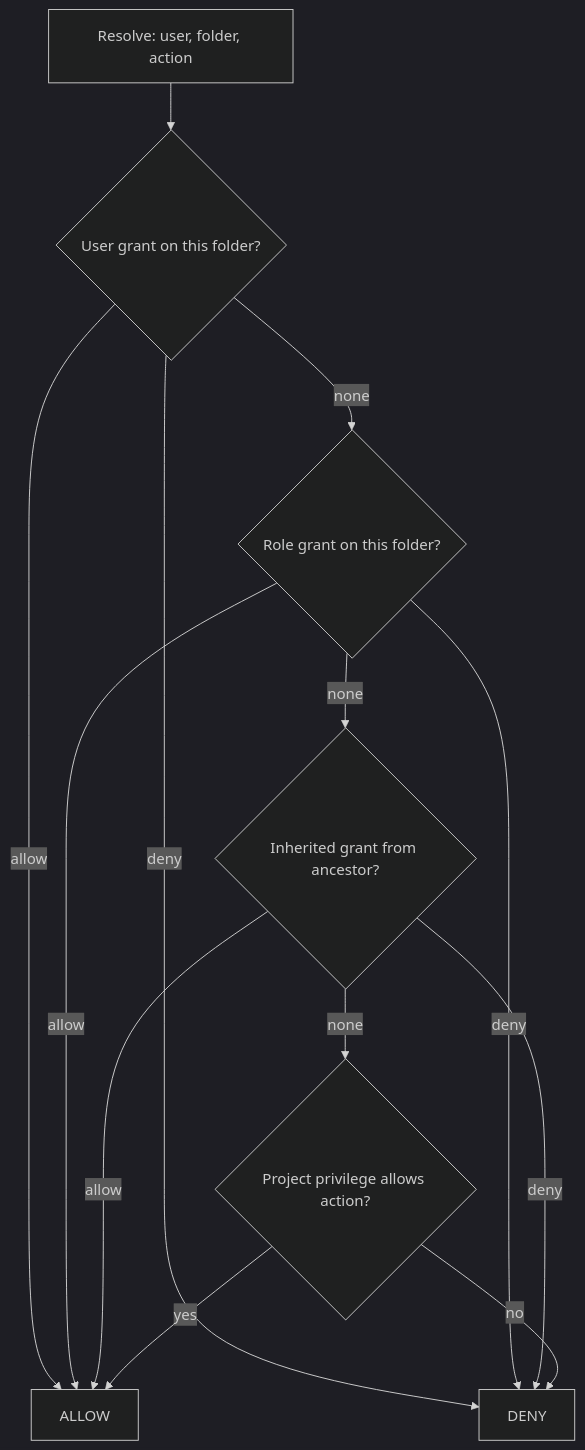
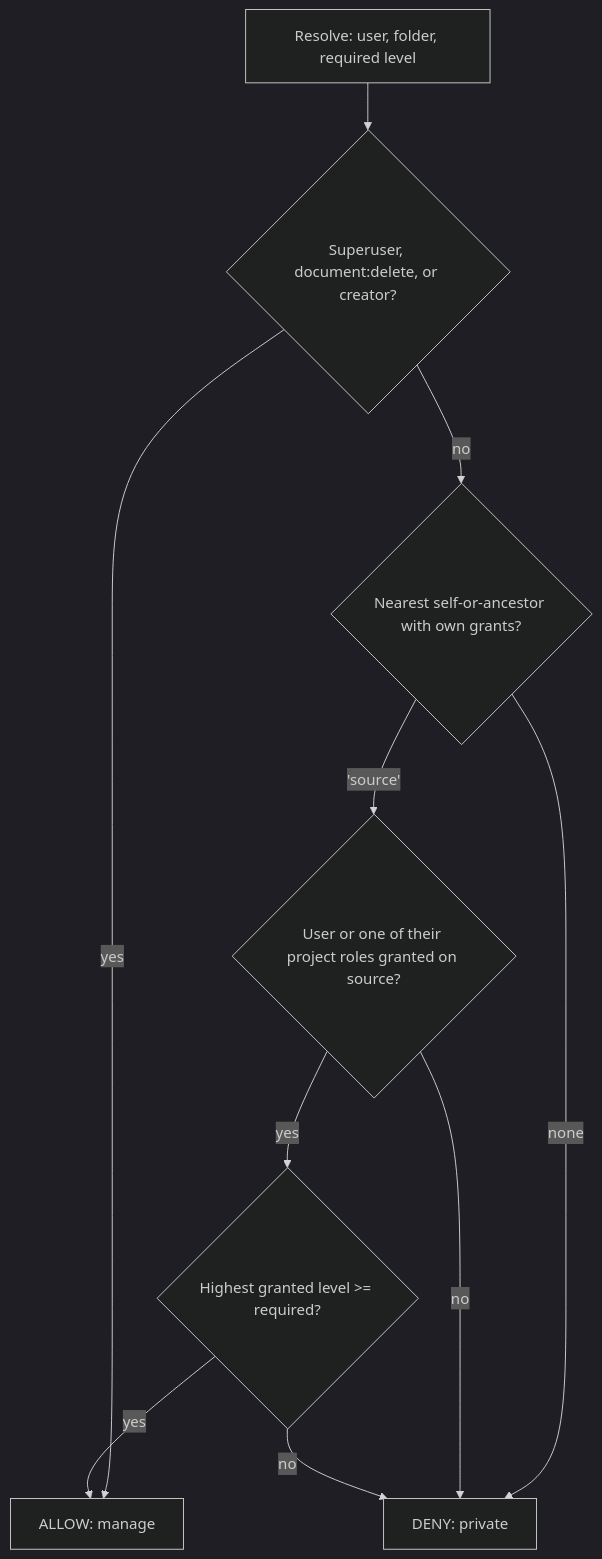
One commit to arpatel/CDE changed the tenth of 12 diagrams in docs/modules/folder-management-blueprint.md. Above: the diagram before and after it, drawn with Mermaid (dark theme). The commit also changed other lines of this file and 5 other files, not shown here.

````diff
--- a/docs/modules/folder-management-blueprint.md
+++ b/docs/modules/folder-management-blueprint.md
@@ -851,15 +853,12 @@
 ```mermaid
 flowchart TD
-  Q[Resolve: user, folder, action] --> U{User grant on this folder?}
-  U -- allow --> ALLOW[ALLOW]
-  U -- deny --> DENY[DENY]
-  U -- none --> R{Role grant on this folder?}
-  R -- allow --> ALLOW
-  R -- deny --> DENY
-  R -- none --> I{Inherited grant from ancestor?}
-  I -- allow --> ALLOW
-  I -- deny --> DENY
-  I -- none --> P{Project privilege allows action?}
-  P -- yes --> ALLOW
-  P -- no --> DENY
+  Q[Resolve: user, folder, required level] --> SA{Superuser, document:delete, or creator?}
+  SA -- yes --> ALLOW[ALLOW: manage]
+  SA -- no --> SRC{Nearest self-or-ancestor with own grants?}
+  SRC -- none --> DENY[DENY: private]
+  SRC -- 'source' --> G{User or one of their project roles granted on source?}
+  G -- no --> DENY
+  G -- yes --> L{Highest granted level >= required?}
+  L -- yes --> ALLOW
+  L -- no --> DENY
 ```
````
